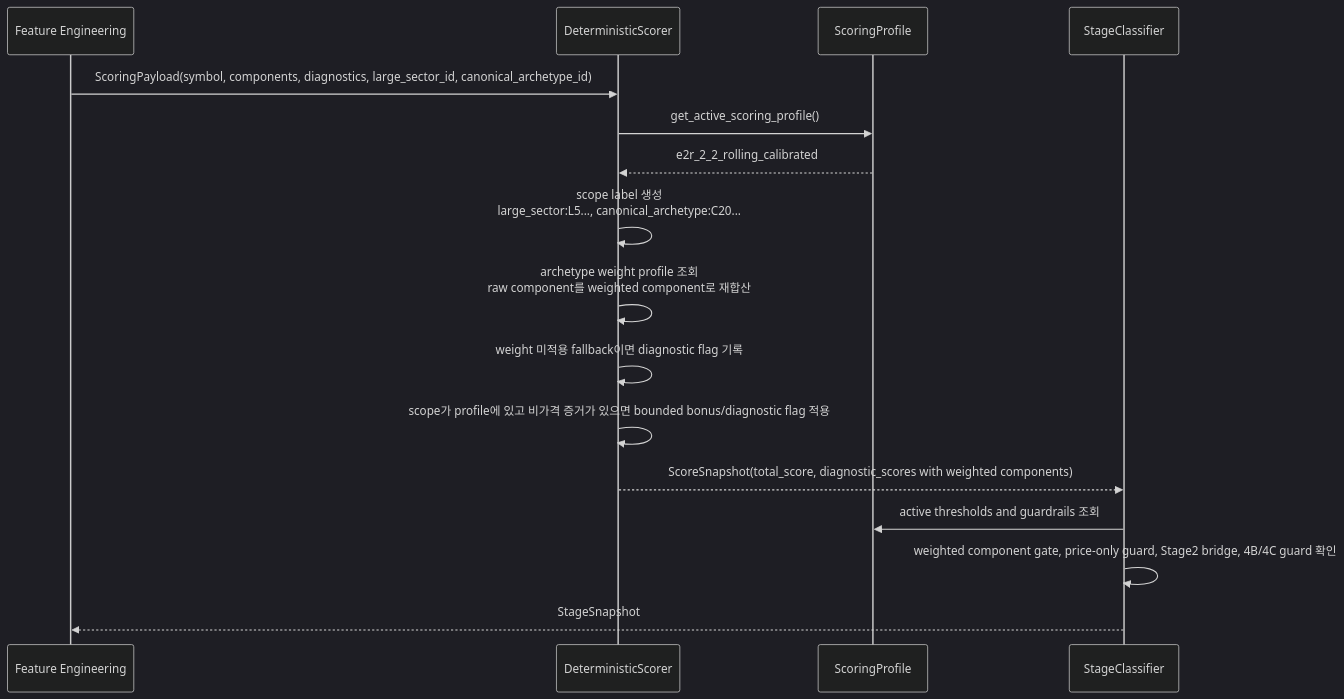
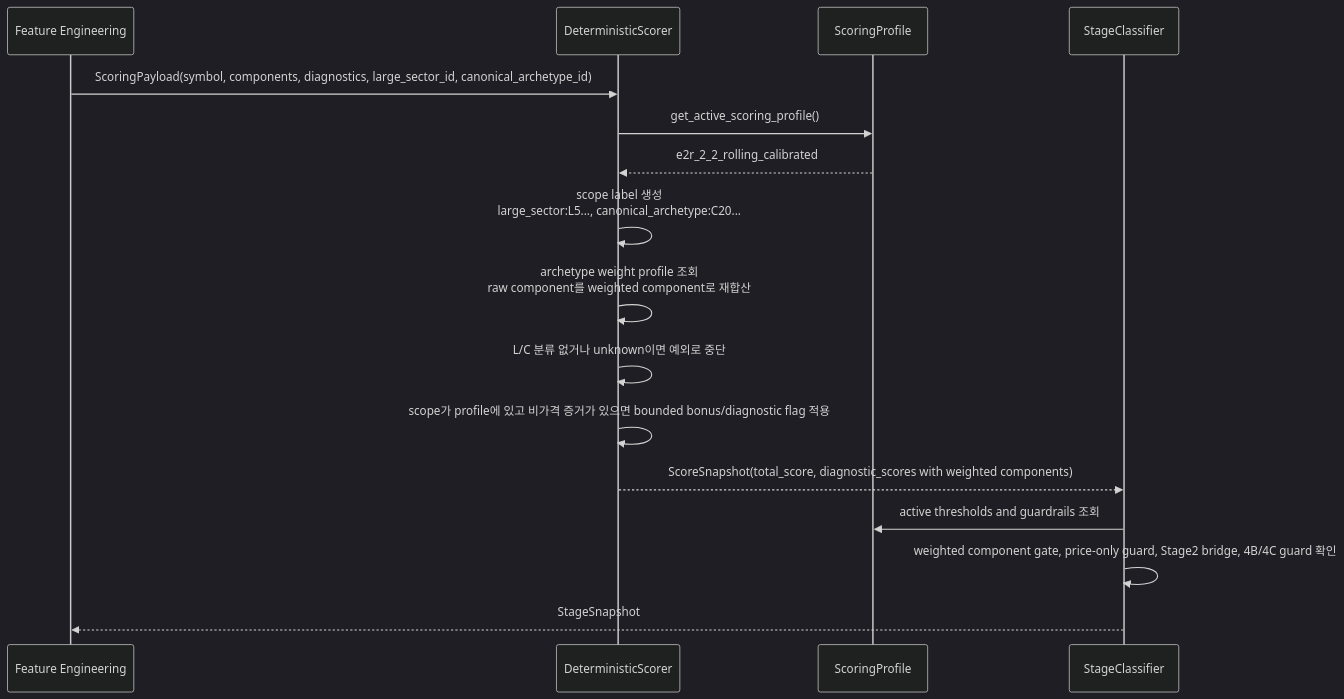
The second of 2 diagrams in docs/core/Architecture.md (Daikisong/stock_agent), drawn with Mermaid (dark theme) before and after one commit. The commit also changed other lines of this file and 22 other files, not shown here.

````diff
--- a/docs/core/Architecture.md
+++ b/docs/core/Architecture.md
@@ -259,18 +261,18 @@
 ```mermaid
 sequenceDiagram
     participant FE as Feature Engineering
     participant S as DeterministicScorer
     participant P as ScoringProfile
     participant C as StageClassifier
     FE->>S: ScoringPayload(symbol, components, diagnostics, large_sector_id, canonical_archetype_id)
     S->>P: get_active_scoring_profile()
     P-->>S: e2r_2_2_rolling_calibrated
     S->>S: scope label 생성<br/>large_sector:L5..., canonical_archetype:C20...
     S->>S: archetype weight profile 조회<br/>raw component를 weighted component로 재합산
-    S->>S: weight 미적용 fallback이면 diagnostic flag 기록
+    S->>S: L/C 분류 없거나 unknown이면 예외로 중단
     S->>S: scope가 profile에 있고 비가격 증거가 있으면 bounded bonus/diagnostic flag 적용
     S-->>C: ScoreSnapshot(total_score, diagnostic_scores with weighted components)
     C->>P: active thresholds and guardrails 조회
     C->>C: weighted component gate, price-only guard, Stage2 bridge, 4B/4C guard 확인
     C-->>FE: StageSnapshot
 ```
````
